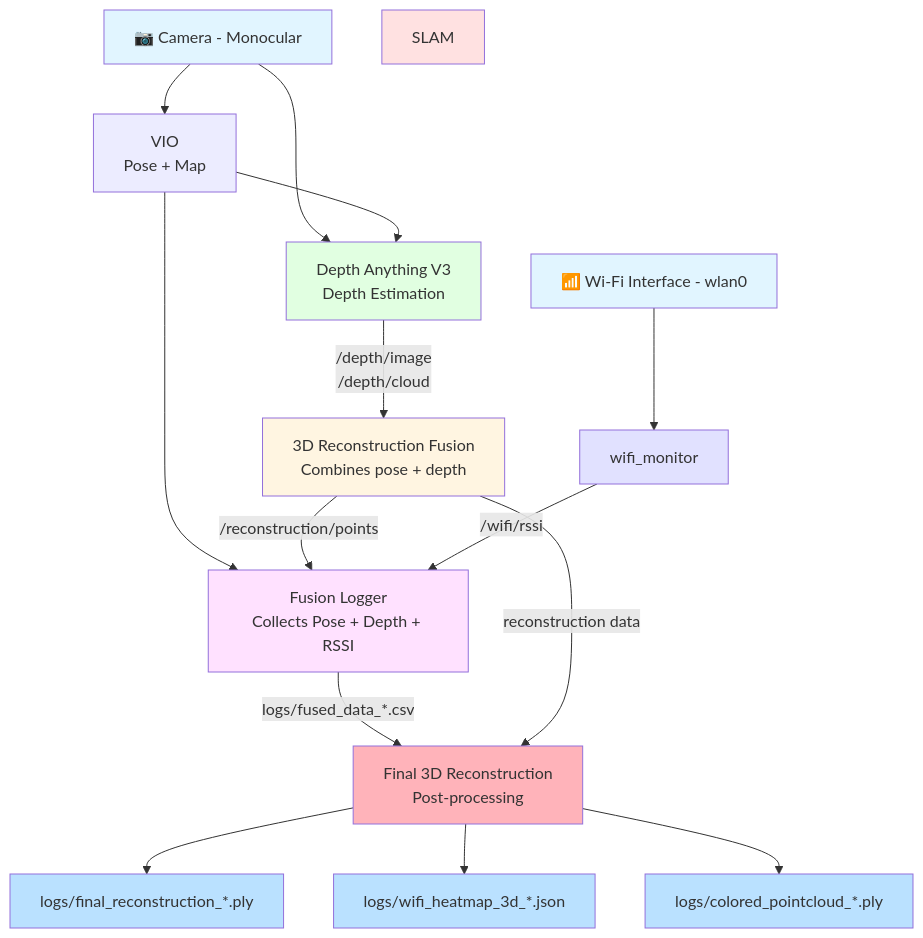
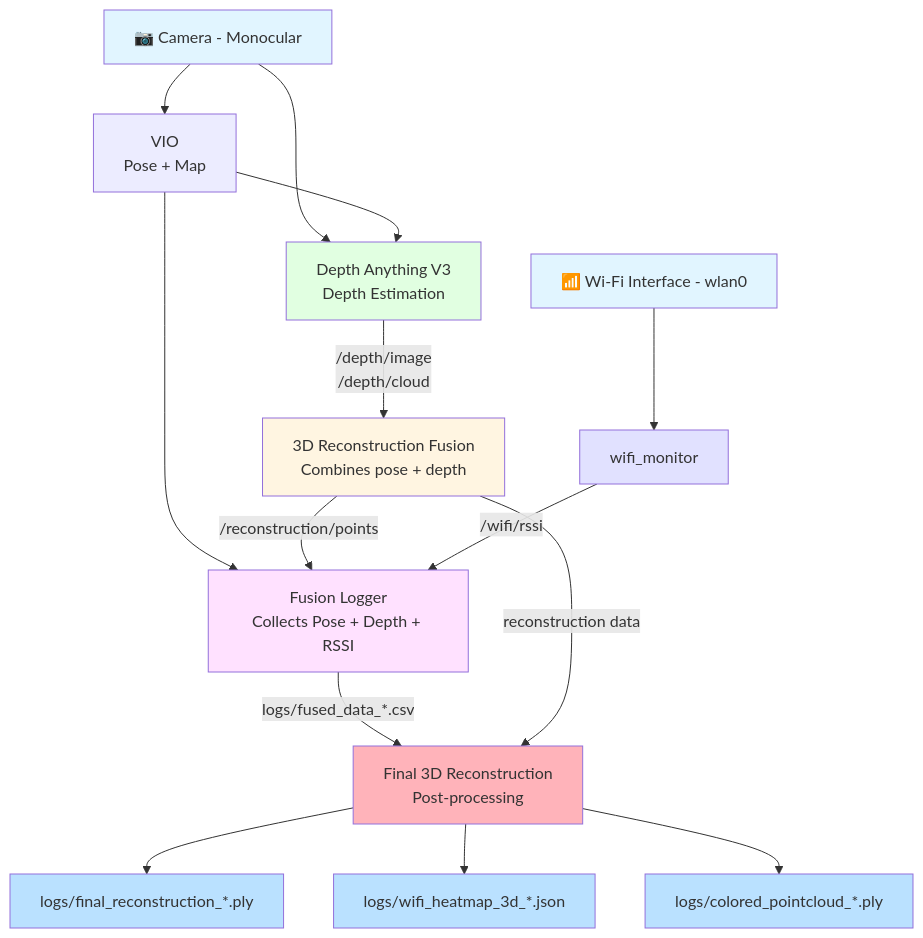
The first of 6 diagrams in README.md (Shluo03/AirSniff), drawn with Mermaid before and after one commit.

````diff
--- a/README.md
+++ b/README.md
@@ -5,34 +5,34 @@
 ```mermaid
 flowchart TD
     Camera[📷 Camera - Monocular] --> VIO[VIO<br/>Pose + Map]
     Camera --> Depth[Depth Anything V3<br/>Depth Estimation]
     
     VIO -->| | Depth
     VIO -->| | Logger[Fusion Logger<br/>Collects Pose + Depth + RSSI]
     
     Depth -->|/depth/image<br/>/depth/cloud| Recon[3D Reconstruction Fusion<br/>Combines pose + depth]
     
     Recon -->|/reconstruction/points| Logger
     
     WiFi[📶 Wi-Fi Interface - wlan0] --> Monitor[wifi_monitor]
     Monitor -->|/wifi/rssi| Logger
     
     Logger -->|logs/fused_data_*.csv| Final[Final 3D Reconstruction<br/>Post-processing]
     Recon -->|reconstruction data| Final
     
     Final --> Output1[logs/final_reconstruction_*.ply]
     Final --> Output2[logs/wifi_heatmap_3d_*.json]
     Final --> Output3[logs/colored_pointcloud_*.ply]
     
     style Camera fill:#e1f5ff
-    style SLAM fill:#ffe1e1
+    
     style Depth fill:#e1ffe1
     style Recon fill:#fff5e1
     style WiFi fill:#e1f5ff
     style Monitor fill:#e1e1ff
     style Logger fill:#ffe1ff
     style Final fill:#ffb3ba
     style Output1 fill:#bae1ff
     style Output2 fill:#bae1ff
     style Output3 fill:#bae1ff
 ```
````
